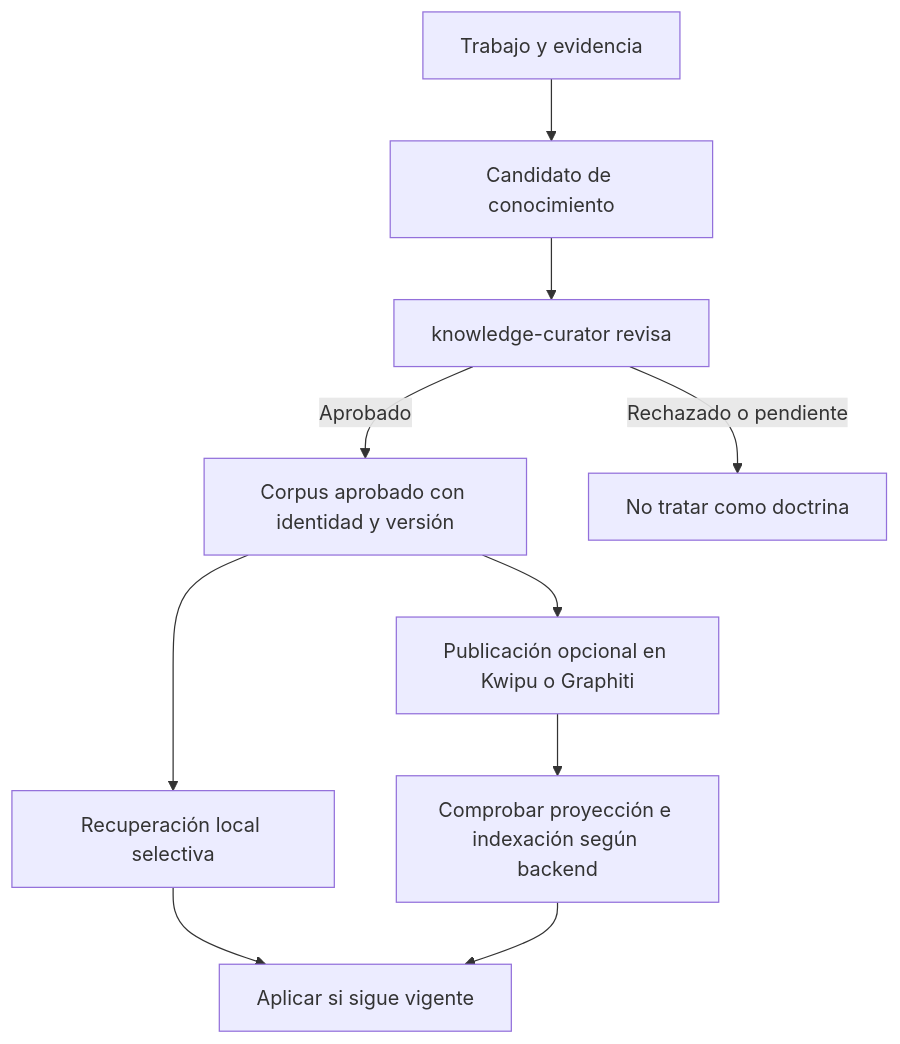
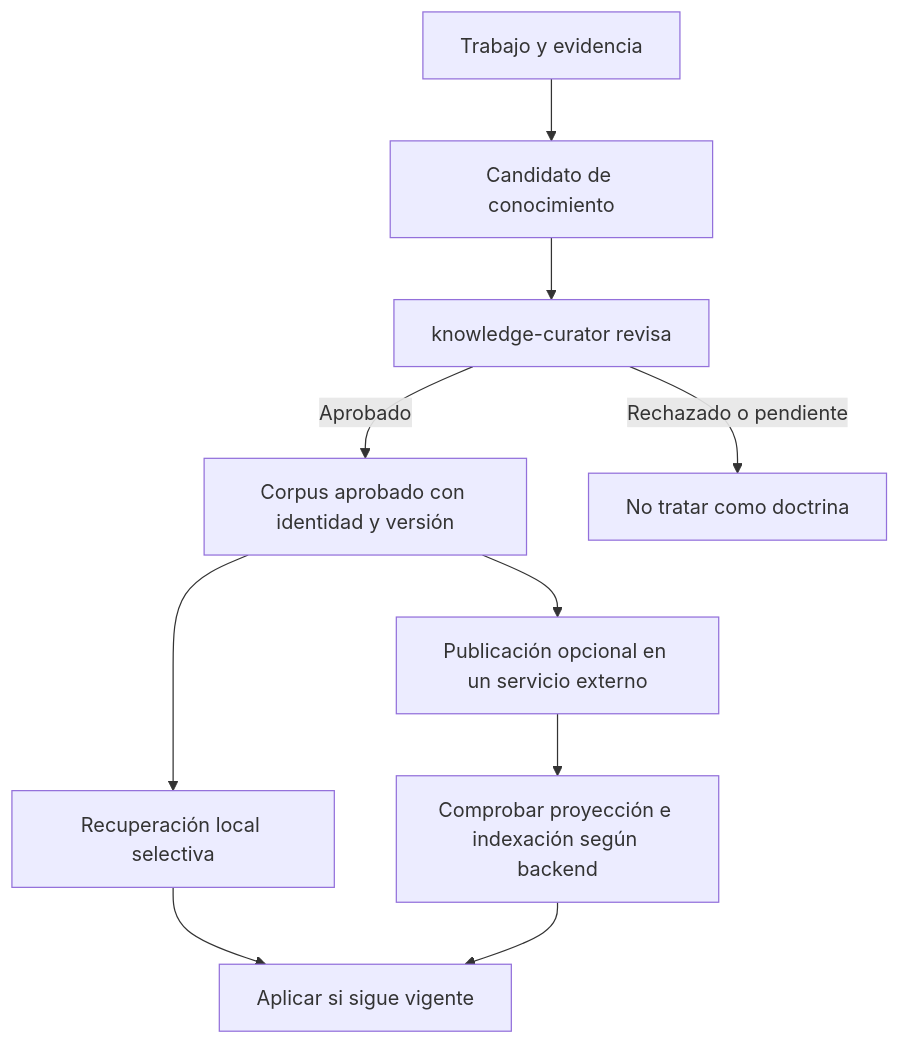
Before and after one commit to daycry/custom-agents: the fifth of 5 diagrams in docs/guides/quality-playbook.md, drawn with Mermaid. The commit also changed other lines of this file and 60 other files, not shown here.

````diff
--- a/docs/guides/quality-playbook.md
+++ b/docs/guides/quality-playbook.md
@@ -383,12 +383,12 @@
 ```mermaid
 flowchart TD
     A[Trabajo y evidencia] --> B[Candidato de conocimiento]
     B --> C[knowledge-curator revisa]
     C -->|Aprobado| D[Corpus aprobado con identidad y versión]
     C -->|Rechazado o pendiente| E[No tratar como doctrina]
     D --> F[Recuperación local selectiva]
-    D --> G[Publicación opcional en Kwipu o Graphiti]
+    D --> G[Publicación opcional en un servicio externo]
     G --> H[Comprobar proyección e indexación según backend]
     F --> I[Aplicar si sigue vigente]
     H --> I
 ```
````
